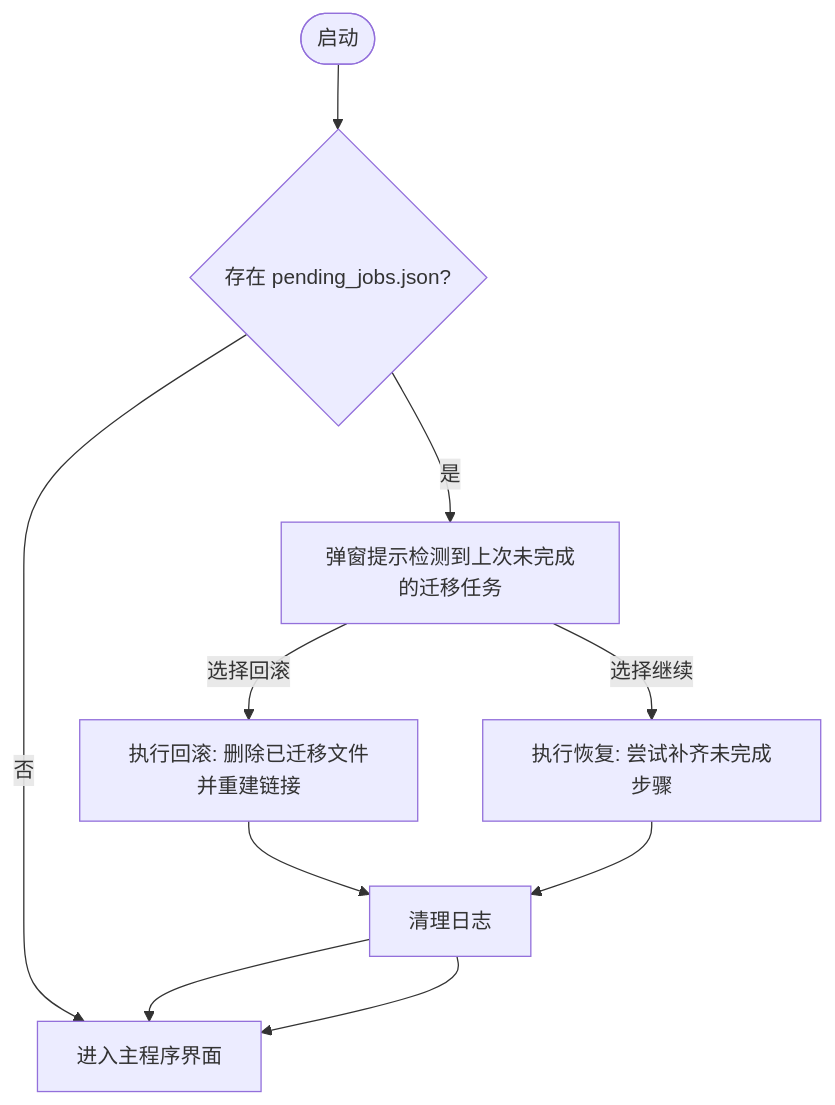
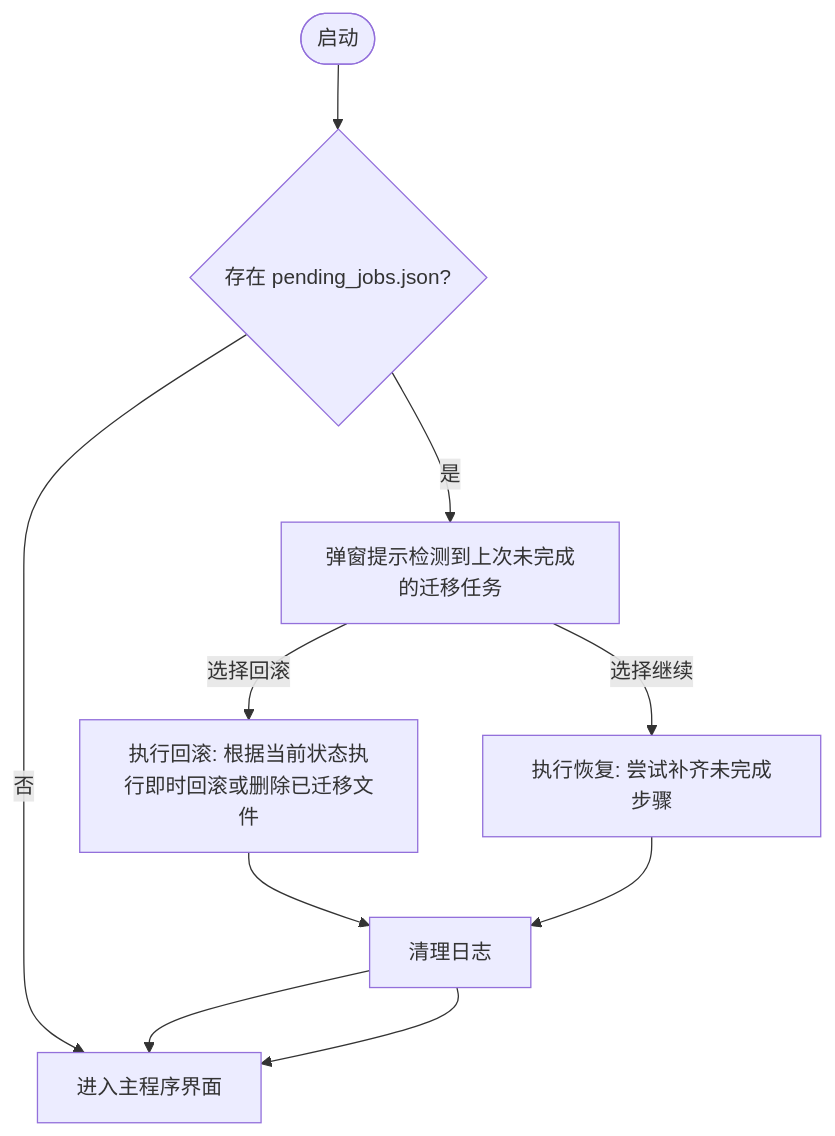
One commit to Tonys-L/CDiskLinker changed the second of 4 diagrams in docs/knowledge-base/flows.md. Above: the diagram before and after it, drawn with Mermaid. The commit also changed other lines of this file and 13 other files, not shown here.

First line of the commit message:
feat: V2 migration flow - rename-first, user confirmation, instant rollback

````diff
--- a/docs/knowledge-base/flows.md
+++ b/docs/knowledge-base/flows.md
@@ -78,12 +89,12 @@
 ```mermaid
 flowchart TD
     Start([启动]) --> CheckLog{存在 pending_jobs.json?}
     CheckLog -->|否| MainUI[进入主程序界面]
     CheckLog -->|是| PromptUser[弹窗提示检测到上次未完成的迁移任务]
-    
-    PromptUser -->|选择回滚| RunRollback[执行回滚: 删除已迁移文件并重建链接]
+
+    PromptUser -->|选择回滚| RunRollback[执行回滚: 根据当前状态执行即时回滚或删除已迁移文件]
     PromptUser -->|选择继续| RunResume[执行恢复: 尝试补齐未完成步骤]
-    
+
     RunRollback --> DeleteLog[清理日志] --> MainUI
     RunResume --> DeleteLog --> MainUI
 ```
````
